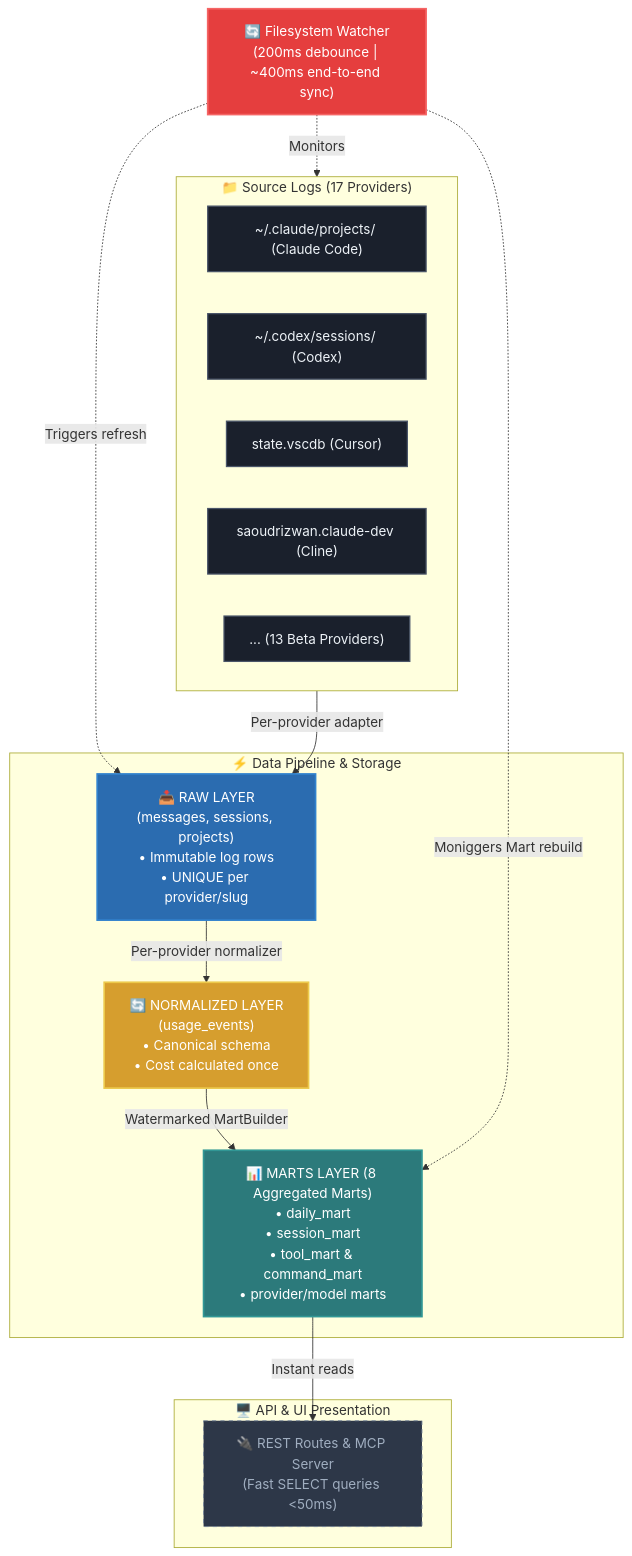
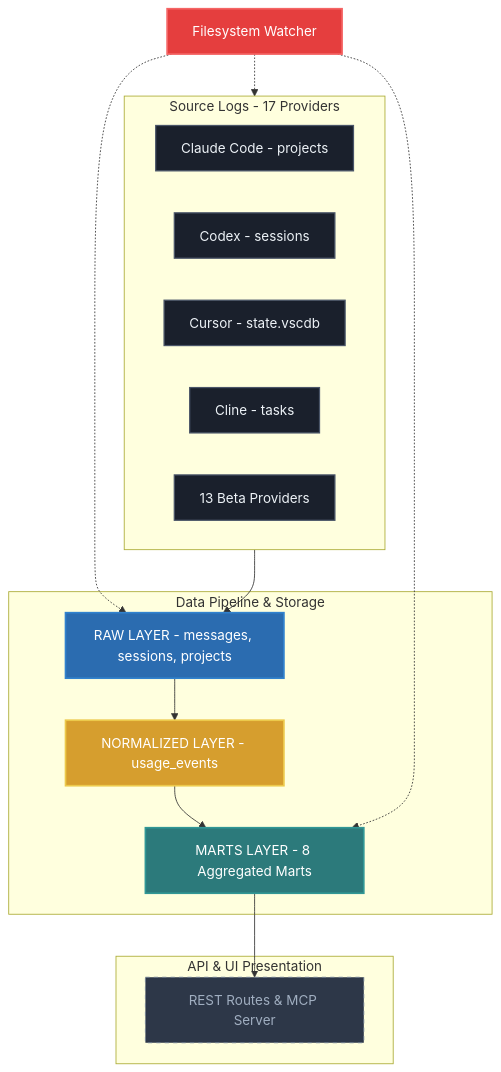
The diagram in README.md (0bserver07/StackUnderflow), drawn with Mermaid before and after one commit.

Commit message:
docs: simplify Mermaid diagram to prevent overlapping text

````diff
--- a/README.md
+++ b/README.md
@@ -142,48 +142,48 @@
 ```mermaid
 graph TD
     %% Theme Definitions for High Legibility on Dark & Light Themes
     classDef source fill:#1A202C,stroke:#4A5568,stroke-width:1.5px,color:#EDF2F7;
     classDef raw fill:#2B6CB0,stroke:#3182CE,stroke-width:2px,color:#FFF;
     classDef normalized fill:#D69E2E,stroke:#ECC94B,stroke-width:2px,color:#FFF;
     classDef marts fill:#2C7A7B,stroke:#319795,stroke-width:2px,color:#FFF;
     classDef routes fill:#2D3748,stroke:#718096,stroke-dasharray: 5 5,color:#A0AEC0;
     classDef watcher fill:#E53E3E,stroke:#F56565,stroke-width:2px,color:#FFF;
 
-    subgraph Sources ["📁 Source Logs (17 Providers)"]
-        S1["~/.claude/projects/ (Claude Code)"]
-        S2["~/.codex/sessions/ (Codex)"]
-        S3["state.vscdb (Cursor)"]
-        S4["saoudrizwan.claude-dev (Cline)"]
-        S5["... (13 Beta Providers)"]
+    subgraph Sources [Source Logs - 17 Providers]
+        S1[Claude Code - projects]
+        S2[Codex - sessions]
+        S3[Cursor - state.vscdb]
+        S4[Cline - tasks]
+        S5[13 Beta Providers]
     end
     class S1,S2,S3,S4,S5 source;
 
-    subgraph Pipeline ["⚡ Data Pipeline & Storage"]
-        Raw["📥 RAW LAYER<br/>(messages, sessions, projects)<br/>• Immutable log rows<br/>• UNIQUE per provider/slug"]
-        Norm["🔄 NORMALIZED LAYER<br/>(usage_events)<br/>• Canonical schema<br/>• Cost calculated once"]
-        Marts["📊 MARTS LAYER (8 Aggregated Marts)<br/>• daily_mart<br/>• session_mart<br/>• tool_mart & command_mart<br/>• provider/model marts"]
+    subgraph Pipeline [Data Pipeline & Storage]
+        Raw[RAW LAYER - messages, sessions, projects]
+        Norm[NORMALIZED LAYER - usage_events]
+        Marts[MARTS LAYER - 8 Aggregated Marts]
     end
     class Raw raw;
     class Norm normalized;
     class Marts marts;
 
-    subgraph Presentation ["🖥️ API & UI Presentation"]
-        Routes["🔌 REST Routes & MCP Server<br/>(Fast SELECT queries &lt;50ms)"]
+    subgraph Presentation [API & UI Presentation]
+        Routes[REST Routes & MCP Server]
     end
     class Routes routes;
 
     %% Watcher Service
-    Watcher["🔄 Filesystem Watcher<br/>(200ms debounce | ~400ms end-to-end sync)"]
+    Watcher[Filesystem Watcher]
     class Watcher watcher;
 
     %% Data Flow Connections
-    Sources -->|Per-provider adapter| Raw
-    Raw -->|Per-provider normalizer| Norm
-    Norm -->|Watermarked MartBuilder| Marts
-    Marts -->|Instant reads| Routes
+    Sources --> Raw
+    Raw --> Norm
+    Norm --> Marts
+    Marts --> Routes
 
     %% Watcher Connections
-    Watcher -.->|Monitors| Sources
-    Watcher -.->|Triggers refresh| Raw
-    Watcher -.->|Moniggers Mart rebuild| Marts
+    Watcher -.-> Sources
+    Watcher -.-> Raw
+    Watcher -.-> Marts
 ```
````
